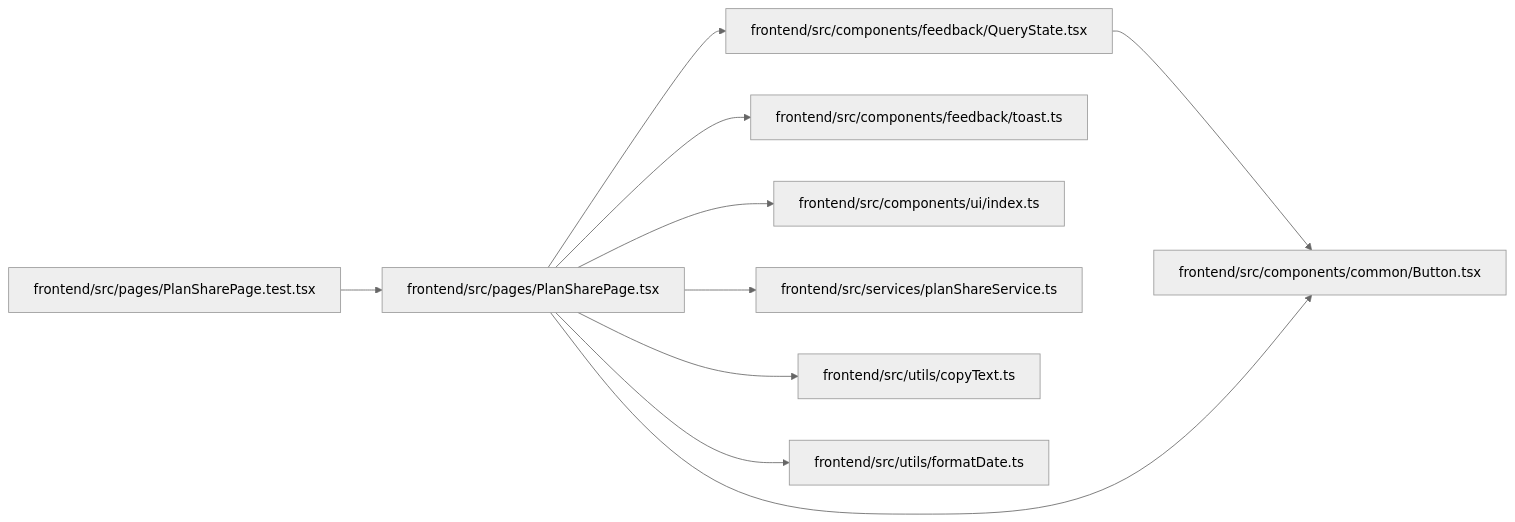
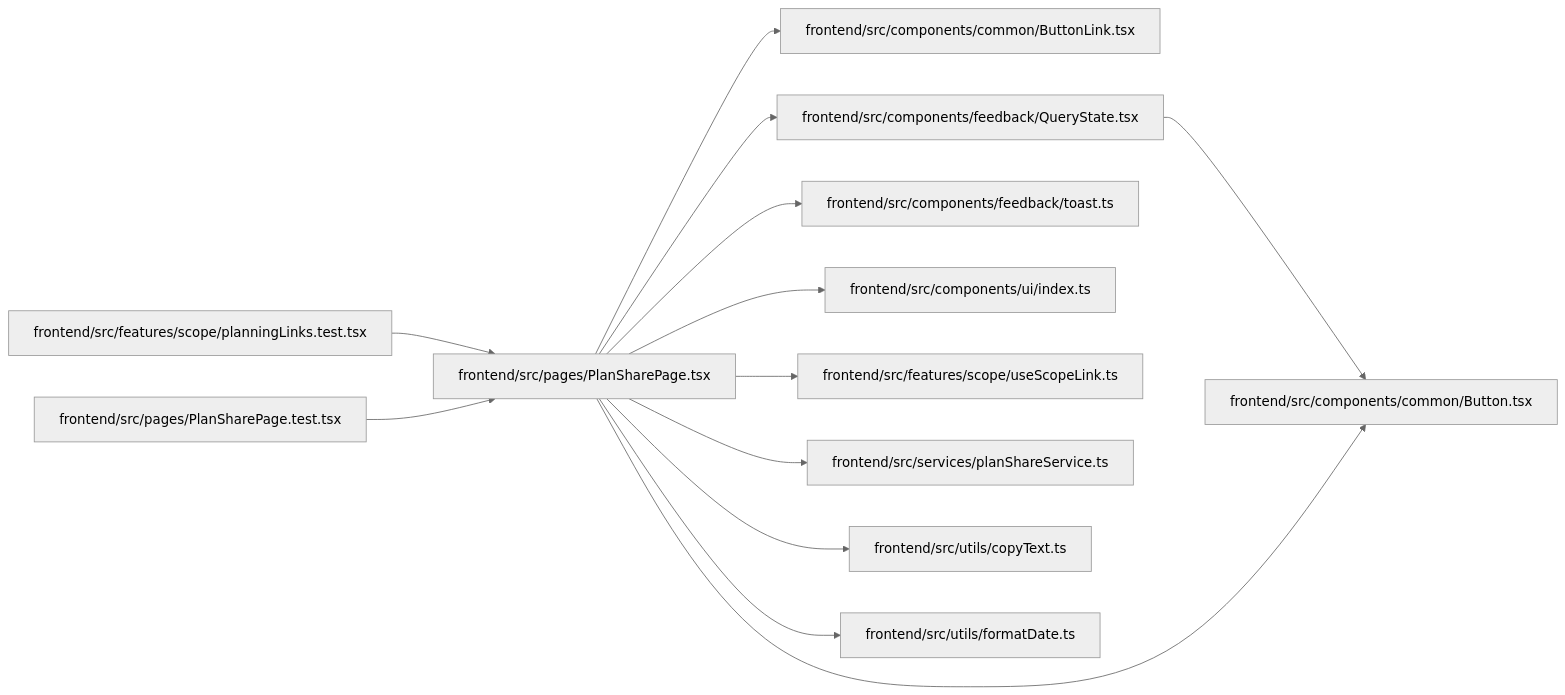
The diagram in docs/llm_wiki/modules/PlanSharePage.md (Denissvgn/WorkChord), drawn with Mermaid (neutral theme) before and after one commit. The commit also changed other lines of this file and 2373 other files, not shown here.

````diff
--- a/docs/llm_wiki/modules/PlanSharePage.md
+++ b/docs/llm_wiki/modules/PlanSharePage.md
@@ -38,30 +40,39 @@
 ```mermaid
 flowchart LR
     n0["frontend/src/components/common/Button.tsx"]
-    n1["frontend/src/components/feedback/QueryState.tsx"]
-    n2["frontend/src/components/feedback/toast.ts"]
-    n3["frontend/src/components/ui/index.ts"]
-    n4["frontend/src/pages/PlanSharePage.test.tsx"]
-    n5["frontend/src/pages/PlanSharePage.tsx"]
-    n6["frontend/src/services/planShareService.ts"]
-    n7["frontend/src/utils/copyText.ts"]
-    n8["frontend/src/utils/formatDate.ts"]
-    n1 --> n0
-    n4 --> n5
-    n5 --> n0
-    n5 --> n1
-    n5 --> n2
-    n5 --> n3
-    n5 --> n6
-    n5 --> n7
+    n1["frontend/src/components/common/ButtonLink.tsx"]
+    n2["frontend/src/components/feedback/QueryState.tsx"]
+    n3["frontend/src/components/feedback/toast.ts"]
+    n4["frontend/src/components/ui/index.ts"]
+    n5["frontend/src/features/scope/planningLinks.test.tsx"]
+    n6["frontend/src/features/scope/useScopeLink.ts"]
+    n7["frontend/src/pages/PlanSharePage.test.tsx"]
+    n8["frontend/src/pages/PlanSharePage.tsx"]
+    n9["frontend/src/services/planShareService.ts"]
+    n10["frontend/src/utils/copyText.ts"]
+    n11["frontend/src/utils/formatDate.ts"]
+    n2 --> n0
     n5 --> n8
+    n7 --> n8
+    n8 --> n0
+    n8 --> n1
+    n8 --> n2
+    n8 --> n3
+    n8 --> n4
+    n8 --> n6
+    n8 --> n9
+    n8 --> n10
+    n8 --> n11
     click n0 "../modules/Button.md"
-    click n1 "../modules/QueryState.md"
-    click n2 "../modules/toast.md"
-    click n3 "../modules/index.md"
-    click n4 "../modules/PlanSharePage.test.md"
-    click n5 "../modules/PlanSharePage.md"
-    click n6 "../modules/planShareService.md"
-    click n7 "../modules/copyText.md"
-    click n8 "../modules/formatDate.md"
+    click n1 "../modules/ButtonLink.md"
+    click n2 "../modules/QueryState.md"
+    click n3 "../modules/toast.md"
+    click n4 "../modules/index.md"
+    click n5 "../modules/planningLinks.test.md"
+    click n6 "../modules/useScopeLink.md"
+    click n7 "../modules/PlanSharePage.test.md"
+    click n8 "../modules/PlanSharePage.md"
+    click n9 "../modules/planShareService.md"
+    click n10 "../modules/copyText.md"
+    click n11 "../modules/formatDate.md"
 ```
````
